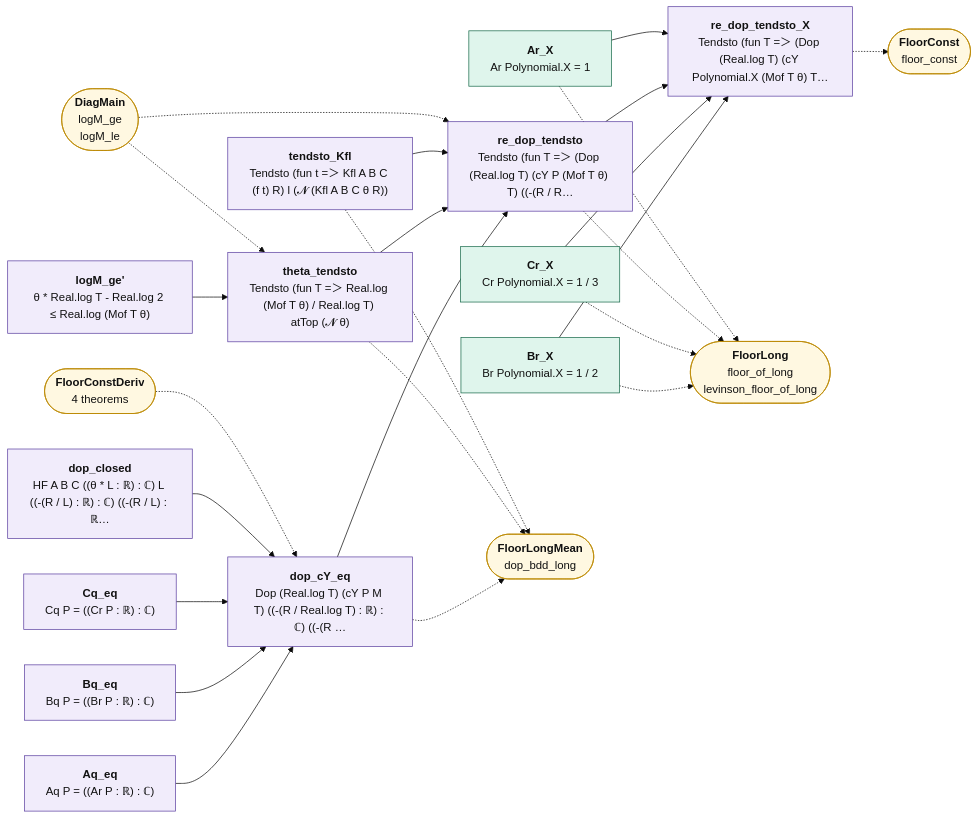
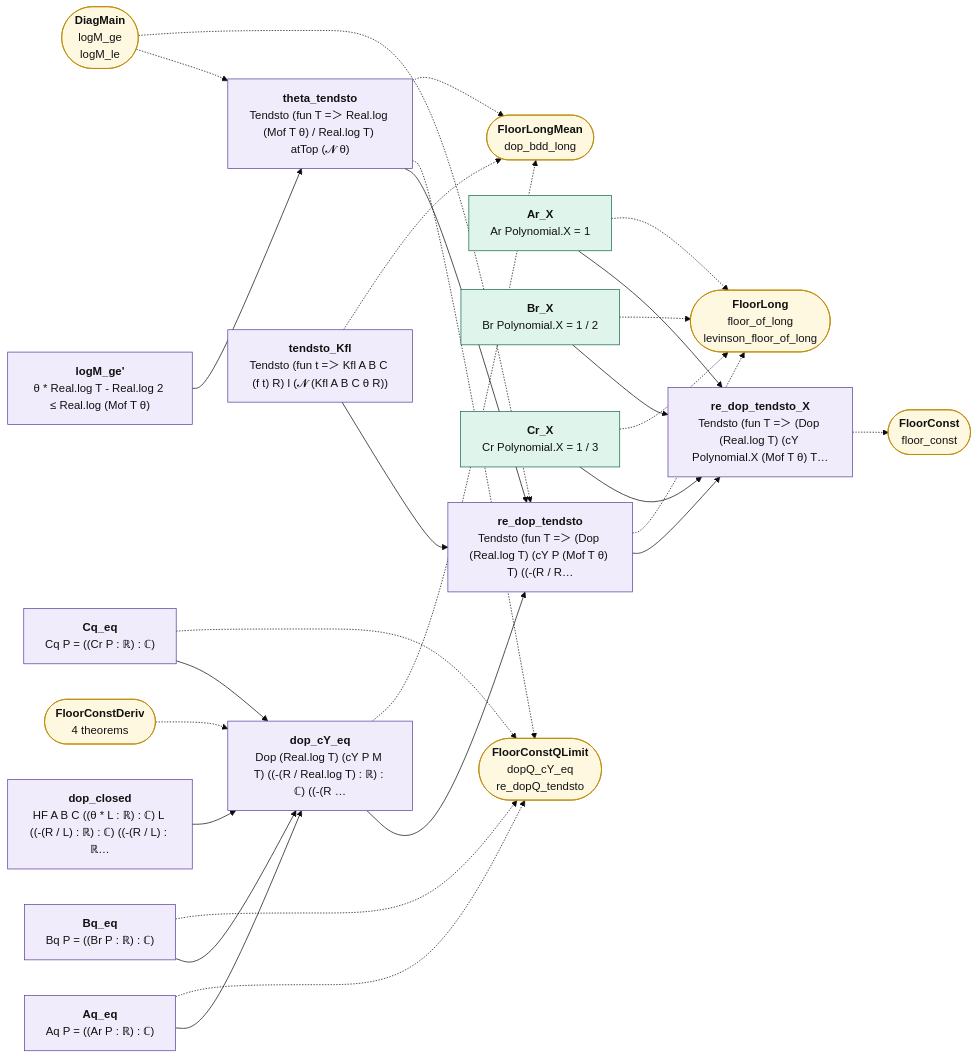
The diagram in map/lean_stage3/FloorConstLimit.mmd (juliansambranojr/Primebeat_081426), drawn with Mermaid (base theme) before and after one commit. The commit also changed 27 other files, not shown here.

```diff
--- a/map/lean_stage3/FloorConstLimit.mmd
+++ b/map/lean_stage3/FloorConstLimit.mmd
@@ -1,50 +1,55 @@
 flowchart LR
   n0["<b>Aq_eq</b><br/>Aq P = ((Ar P : ℝ) : ℂ)"]:::shp
   n1["<b>Bq_eq</b><br/>Bq P = ((Br P : ℝ) : ℂ)"]:::shp
   n2["<b>Cq_eq</b><br/>Cq P = ((Cr P : ℝ) : ℂ)"]:::shp
   n3["<b>dop_closed</b><br/>HF A B C ((θ * L : ℝ) : ℂ) L ((-(R / L) : ℝ) : ℂ) ((-(R / L) : ℝ…"]:::shp
   n4["<b>dop_cY_eq</b><br/>Dop (Real.log T) (cY P M T) ((-(R / Real.log T) : ℝ) : ℂ) ((-(R …"]:::shp
   n5["<b>logM_ge'</b><br/>θ * Real.log T - Real.log 2 ≤ Real.log (Mof T θ)"]:::shp
   n6["<b>theta_tendsto</b><br/>Tendsto (fun T =＞ Real.log (Mof T θ) / Real.log T) atTop (𝓝 θ)"]:::shp
   n7["<b>tendsto_Kfl</b><br/>Tendsto (fun t =＞ Kfl A B C (f t) R) l (𝓝 (Kfl A B C θ R))"]:::shp
   n8["<b>re_dop_tendsto</b><br/>Tendsto (fun T =＞ (Dop (Real.log T) (cY P (Mof T θ) T) ((-(R / R…"]:::shp
   n9["<b>Ar_X</b><br/>Ar Polynomial.X = 1"]:::cnt
   n10["<b>Br_X</b><br/>Br Polynomial.X = 1 / 2"]:::cnt
   n11["<b>Cr_X</b><br/>Cr Polynomial.X = 1 / 3"]:::cnt
   n12["<b>re_dop_tendsto_X</b><br/>Tendsto (fun T =＞ (Dop (Real.log T) (cY Polynomial.X (Mof T θ) T…"]:::shp
-  x0(["<b>FloorConstDeriv</b><br/>4 theorems"]):::ext
-  x1(["<b>FloorLongMean</b><br/>dop_bdd_long"]):::ext
-  x2(["<b>DiagMain</b><br/>logM_ge<br/>logM_le"]):::ext
-  x3(["<b>FloorLong</b><br/>floor_of_long<br/>levinson_floor_of_long"]):::ext
-  x4(["<b>FloorConst</b><br/>floor_const"]):::ext
+  x0(["<b>FloorConstQLimit</b><br/>dopQ_cY_eq<br/>re_dopQ_tendsto"]):::ext
+  x1(["<b>FloorConstDeriv</b><br/>4 theorems"]):::ext
+  x2(["<b>FloorLongMean</b><br/>dop_bdd_long"]):::ext
+  x3(["<b>DiagMain</b><br/>logM_ge<br/>logM_le"]):::ext
+  x4(["<b>FloorLong</b><br/>floor_of_long<br/>levinson_floor_of_long"]):::ext
+  x5(["<b>FloorConst</b><br/>floor_const"]):::ext
   n0 --> n4
   n1 --> n4
   n10 --> n12
   n11 --> n12
   n2 --> n4
   n3 --> n4
   n4 --> n8
   n5 --> n6
   n6 --> n8
   n7 --> n8
   n8 --> n12
   n9 --> n12
-  n10 -.-> x3
-  n11 -.-> x3
-  n12 -.-> x4
-  n4 -.-> x1
-  n6 -.-> x1
-  n7 -.-> x1
-  n8 -.-> x3
-  n9 -.-> x3
-  x0 -.-> n4
-  x2 -.-> n6
-  x2 -.-> n8
+  n0 -.-> x0
+  n1 -.-> x0
+  n10 -.-> x4
+  n11 -.-> x4
+  n12 -.-> x5
+  n2 -.-> x0
+  n4 -.-> x2
+  n6 -.-> x0
+  n6 -.-> x2
+  n7 -.-> x2
+  n8 -.-> x4
+  n9 -.-> x4
+  x1 -.-> n4
+  x3 -.-> n6
+  x3 -.-> n8
   classDef cnt fill:#dff5ec,stroke:#17694a,color:#111
   classDef shp fill:#f1ecfb,stroke:#5b3fa0,color:#111
   classDef rh fill:#ffe5e5,stroke:#c22,color:#111,stroke-width:2px
   classDef thm fill:#eef4ff,stroke:#335,color:#111
   classDef end_ fill:#e7f7e7,stroke:#2a7,color:#111,stroke-width:2px
   classDef lone fill:#fff,stroke:#999,color:#111,stroke-dasharray:4 3
   classDef bad fill:#ffe5e5,stroke:#c22,color:#111,stroke-width:2px
   classDef ext fill:#fff8e1,stroke:#b80,color:#111
```
